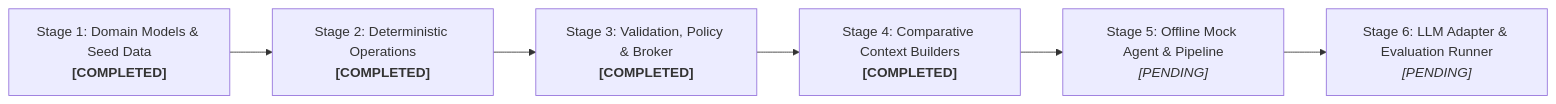
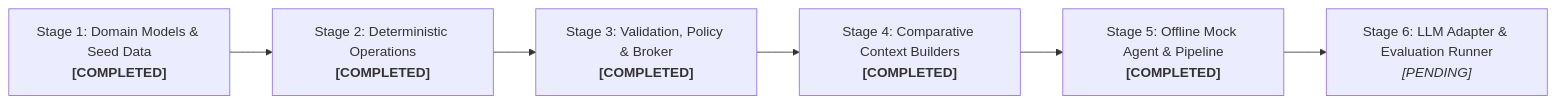
The diagram in docs/IMPLEMENTATION_STATUS.md (Suni1174/shopconnect-object-env), drawn with Mermaid before and after one commit. The commit also changed other lines of this file and 5 other files, not shown here.

Commit message:
Complete Stage 5: offline MockAgent and agent interface

````diff
--- a/docs/IMPLEMENTATION_STATUS.md
+++ b/docs/IMPLEMENTATION_STATUS.md
@@ -237,8 +261,8 @@
 ```mermaid
 flowchart LR
     S1["Stage 1: Domain Models & Seed Data<br><b>[COMPLETED]</b>"] --> S2["Stage 2: Deterministic Operations<br><b>[COMPLETED]</b>"]
     S2 --> S3["Stage 3: Validation, Policy & Broker<br><b>[COMPLETED]</b>"]
     S3 --> S4["Stage 4: Comparative Context Builders<br><b>[COMPLETED]</b>"]
-    S4 --> S5["Stage 5: Offline Mock Agent & Pipeline<br><i>[PENDING]</i>"]
+    S4 --> S5["Stage 5: Offline Mock Agent & Pipeline<br><b>[COMPLETED]</b>"]
     S5 --> S6["Stage 6: LLM Adapter & Evaluation Runner<br><i>[PENDING]</i>"]
 ```
````
